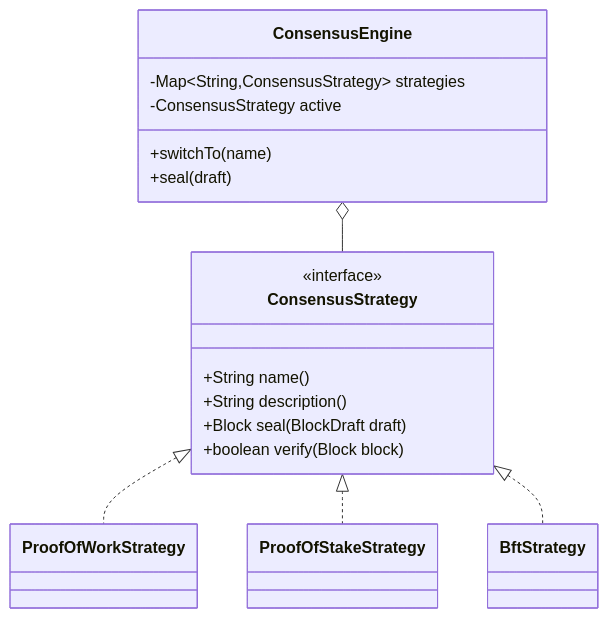
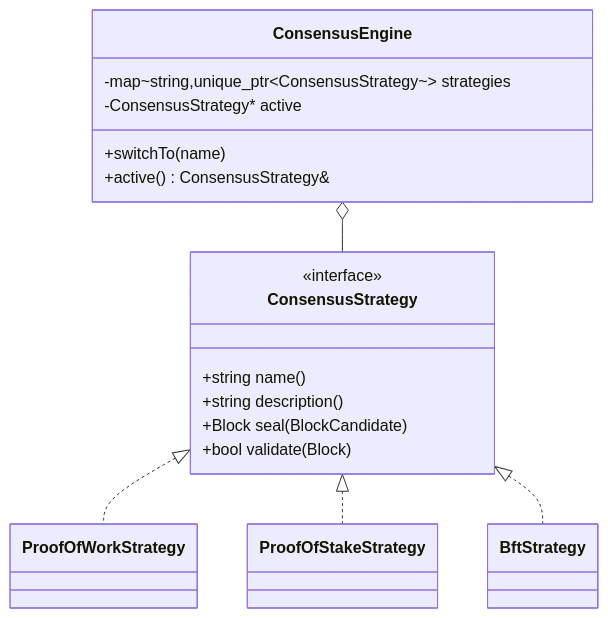
One commit to hermesnauka/legal-blockchain-study changed the diagram in app02_cpp_block/docs/sdlc/03-backend-requirements.md. Above: the diagram before and after it, drawn with Mermaid. The commit also changed other lines of this file and 128 other files, not shown here.

````diff
--- a/app02_cpp_block/docs/sdlc/03-backend-requirements.md
+++ b/app02_cpp_block/docs/sdlc/03-backend-requirements.md
@@ -52,20 +52,20 @@
 ```mermaid
 classDiagram
     class ConsensusStrategy {
         <<interface>>
-        +String name()
-        +String description()
-        +Block seal(BlockDraft draft)
-        +boolean verify(Block block)
+        +string name()
+        +string description()
+        +Block seal(BlockCandidate)
+        +bool validate(Block)
     }
     ConsensusStrategy <|.. ProofOfWorkStrategy
     ConsensusStrategy <|.. ProofOfStakeStrategy
     ConsensusStrategy <|.. BftStrategy
     class ConsensusEngine {
-        -Map~String,ConsensusStrategy~ strategies
-        -ConsensusStrategy active
+        -map~string,unique_ptr~ConsensusStrategy~~ strategies
+        -ConsensusStrategy* active
         +switchTo(name)
-        +seal(draft)
+        +active() ConsensusStrategy&
     }
     ConsensusEngine o-- ConsensusStrategy
 ```
````
